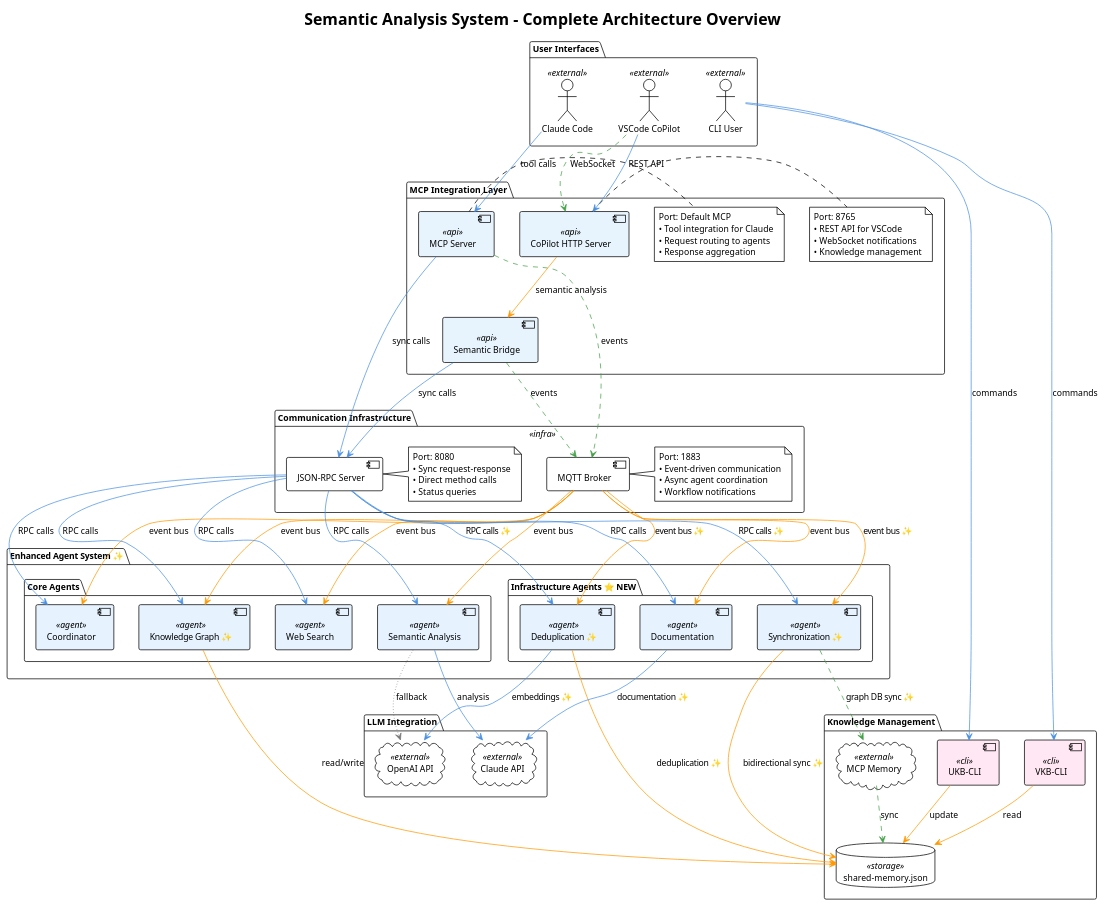
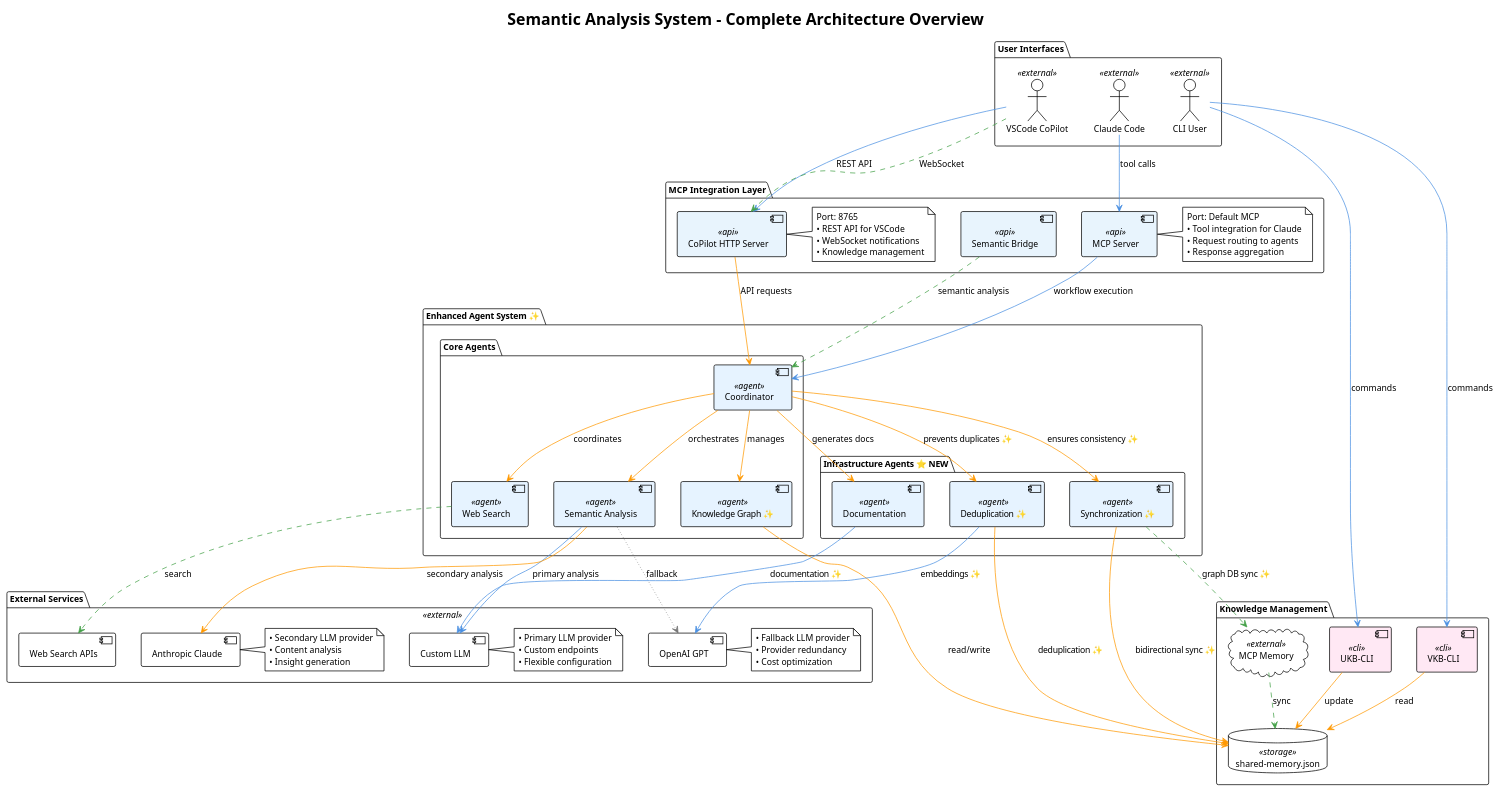
The diagram in docs/puml/semantic-analysis-system-overview.puml (fwornle/coding), drawn with PlantUML before and after one commit. The commit also changed 14 other files, not shown here.

Commit message:
docs: updated documentation after switch from python to node.js for mcp server

```diff
--- a/docs/puml/semantic-analysis-system-overview.puml
+++ b/docs/puml/semantic-analysis-system-overview.puml
@@ -1,138 +1,131 @@
 @startuml semantic-analysis-system-overview
 !theme plain
 skinparam backgroundColor white
 skinparam defaultFontName Arial
 skinparam defaultFontSize 12
 
 title Semantic Analysis System - Complete Architecture Overview
 
 skinparam component {
   BackgroundColor<<api>> #E8F4FD
   BackgroundColor<<agent>> #E6F3FF
   BackgroundColor<<infra>> #FFF2E6
   BackgroundColor<<cli>> #FFE8F4
   BackgroundColor<<storage>> #FFF9E6
   BackgroundColor<<external>> #F5F5F5
   FontSize 12
   FontColor #000000
 }
 
 package "User Interfaces" {
   actor "Claude Code" as Claude <<external>>
   actor "VSCode CoPilot" as VSCode <<external>>
   actor "CLI User" as CLIUser <<external>>
 }
 
 package "MCP Integration Layer" {
   component [MCP Server] as MCP <<api>>
   component [Semantic Bridge] as Bridge <<api>>
   component [CoPilot HTTP Server] as HTTP <<api>>
   
   note right of MCP
     Port: Default MCP
     • Tool integration for Claude
     • Request routing to agents
     • Response aggregation
   end note
   
   note right of HTTP
     Port: 8765
     • REST API for VSCode
     • WebSocket notifications
     • Knowledge management
   end note
 }
 
-package "Communication Infrastructure" <<infra>> {
-  component [MQTT Broker] as MQTT
-  component [JSON-RPC Server] as RPC
+package "External Services" <<external>> {
+  cloud [Custom LLM] as Custom
+  cloud [Anthropic Claude] as Anthropic
+  cloud [OpenAI GPT] as OpenAI
+  cloud [Web Search APIs] as WebAPIs
   
-  note right of MQTT
-    Port: 1883
-    • Event-driven communication
-    • Async agent coordination
-    • Workflow notifications
+  note right of Custom
+    • Primary LLM provider
+    • Custom endpoints
+    • Flexible configuration
   end note
   
-  note right of RPC
-    Port: 8080
-    • Sync request-response
-    • Direct method calls
-    • Status queries
+  note right of Anthropic
+    • Secondary LLM provider
+    • Content analysis
+    • Insight generation
+  end note
+  
+  note right of OpenAI
+    • Fallback LLM provider
+    • Provider redundancy
+    • Cost optimization
   end note
 }
 
 package "Enhanced Agent System ✨" {
   package "Core Agents" {
     component [Semantic Analysis] as SemanticAgent <<agent>>
     component [Web Search] as WebAgent <<agent>>
     component [Knowledge Graph ✨] as KnowledgeAgent <<agent>>
     component [Coordinator] as CoordinatorAgent <<agent>>
   }
   
   package "Infrastructure Agents ⭐ NEW" {
     component [Synchronization ✨] as SyncAgent <<agent>>
     component [Deduplication ✨] as DedupAgent <<agent>>
     component [Documentation] as DocAgent <<agent>>
   }
 }
 
 package "Knowledge Management" {
   component [UKB-CLI] as UKB <<cli>>
   component [VKB-CLI] as VKB <<cli>>
   database "shared-memory.json" as SharedMemory <<storage>>
   cloud "MCP Memory" as MCPMemory <<external>>
 }
 
-package "LLM Integration" {
-  cloud "Claude API" as ClaudeAPI <<external>>
-  cloud "OpenAI API" as OpenAIAPI <<external>>
-}
 
 ' User connections
 Claude -[#4A90E2]-> MCP : tool calls
 VSCode -[#4A90E2]-> HTTP : REST API
 VSCode -[#43A047,dashed]-> HTTP : WebSocket
 CLIUser -[#4A90E2]-> UKB : commands
 CLIUser -[#4A90E2]-> VKB : commands
 
-' MCP layer connections
-MCP -[#43A047,dashed]-> MQTT : events
-MCP -[#4A90E2]-> RPC : sync calls
-Bridge -[#43A047,dashed]-> MQTT : events
-Bridge -[#4A90E2]-> RPC : sync calls
-HTTP -[#FF9800]-> Bridge : semantic analysis
+' MCP layer connections (Node.js direct calls)
+MCP -[#4A90E2]-> CoordinatorAgent : workflow execution
+HTTP -[#FF9800]-> CoordinatorAgent : API requests
+Bridge -[#43A047,dashed]-> CoordinatorAgent : semantic analysis
 
-' Enhanced agent connections
-MQTT -[#FF9800]-> SemanticAgent : event bus
-MQTT -[#FF9800]-> WebAgent : event bus
-MQTT -[#FF9800]-> KnowledgeAgent : event bus
-MQTT -[#FF9800]-> CoordinatorAgent : event bus
-MQTT -[#FF9800]-> SyncAgent : event bus ✨
-MQTT -[#FF9800]-> DedupAgent : event bus ✨
-MQTT -[#FF9800]-> DocAgent : event bus
-
-RPC -[#4A90E2]-> SemanticAgent : RPC calls
-RPC -[#4A90E2]-> WebAgent : RPC calls
-RPC -[#4A90E2]-> KnowledgeAgent : RPC calls
-RPC -[#4A90E2]-> CoordinatorAgent : RPC calls
-RPC -[#4A90E2]-> SyncAgent : RPC calls ✨
-RPC -[#4A90E2]-> DedupAgent : RPC calls ✨
-RPC -[#4A90E2]-> DocAgent : RPC calls
+' Enhanced agent connections (Node.js direct calls)
+CoordinatorAgent -[#FF9800]-> SemanticAgent : orchestrates
+CoordinatorAgent -[#FF9800]-> WebAgent : coordinates
+CoordinatorAgent -[#FF9800]-> KnowledgeAgent : manages
+CoordinatorAgent -[#FF9800]-> SyncAgent : ensures consistency ✨
+CoordinatorAgent -[#FF9800]-> DedupAgent : prevents duplicates ✨
+CoordinatorAgent -[#FF9800]-> DocAgent : generates docs
 
 ' Enhanced knowledge connections
 KnowledgeAgent -[#FF9800]-> SharedMemory : read/write
 SyncAgent -[#FF9800]-> SharedMemory : bidirectional sync ✨
 DedupAgent -[#FF9800]-> SharedMemory : deduplication ✨
 UKB -[#FF9800]-> SharedMemory : update
 VKB -[#FF9800]-> SharedMemory : read
 MCPMemory -[#43A047,dashed]-> SharedMemory : sync
 SyncAgent -[#43A047,dashed]-> MCPMemory : graph DB sync ✨
 
 ' Enhanced LLM connections
-SemanticAgent -[#4A90E2]-> ClaudeAPI : analysis
-SemanticAgent -[#757575,dotted]-> OpenAIAPI : fallback
-DedupAgent -[#4A90E2]-> OpenAIAPI : embeddings ✨
-DocAgent -[#4A90E2]-> ClaudeAPI : documentation ✨
+SemanticAgent -[#4A90E2]-> Custom : primary analysis
+SemanticAgent -[#FF9800]-> Anthropic : secondary analysis
+SemanticAgent -[#757575,dotted]-> OpenAI : fallback
+DedupAgent -[#4A90E2]-> OpenAI : embeddings ✨
+DocAgent -[#4A90E2]-> Custom : documentation ✨
+WebAgent -[#43A047,dashed]-> WebAPIs : search
 
 @enduml
```
